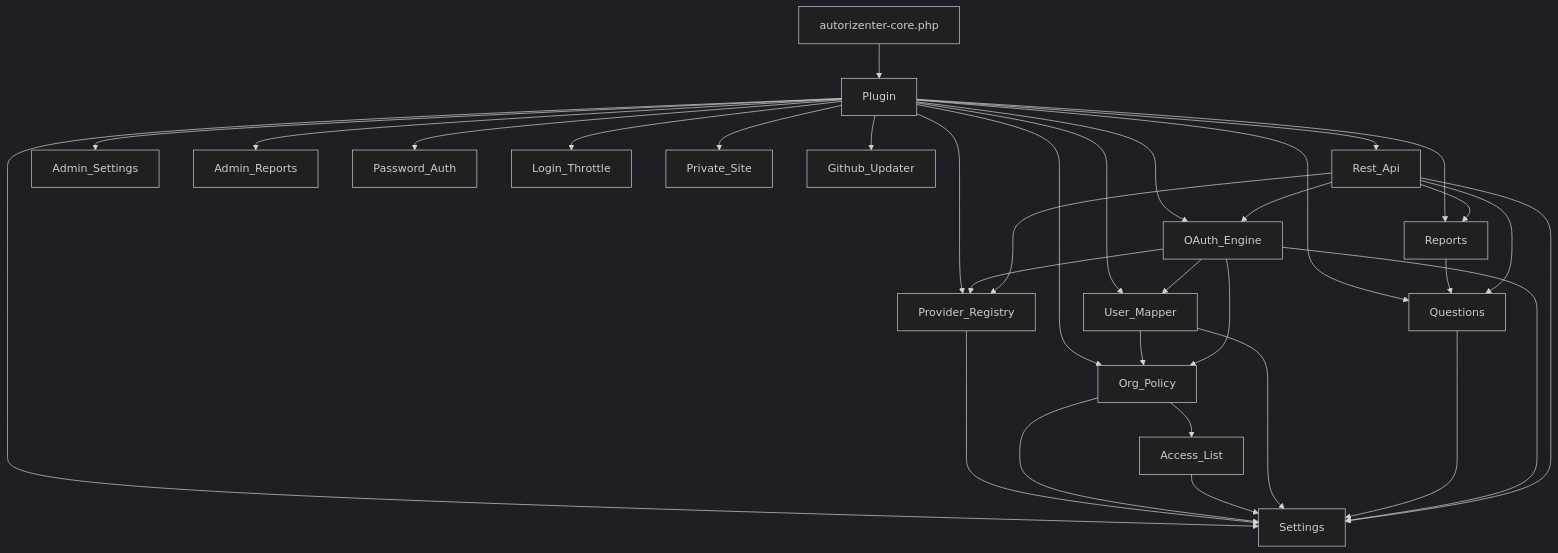
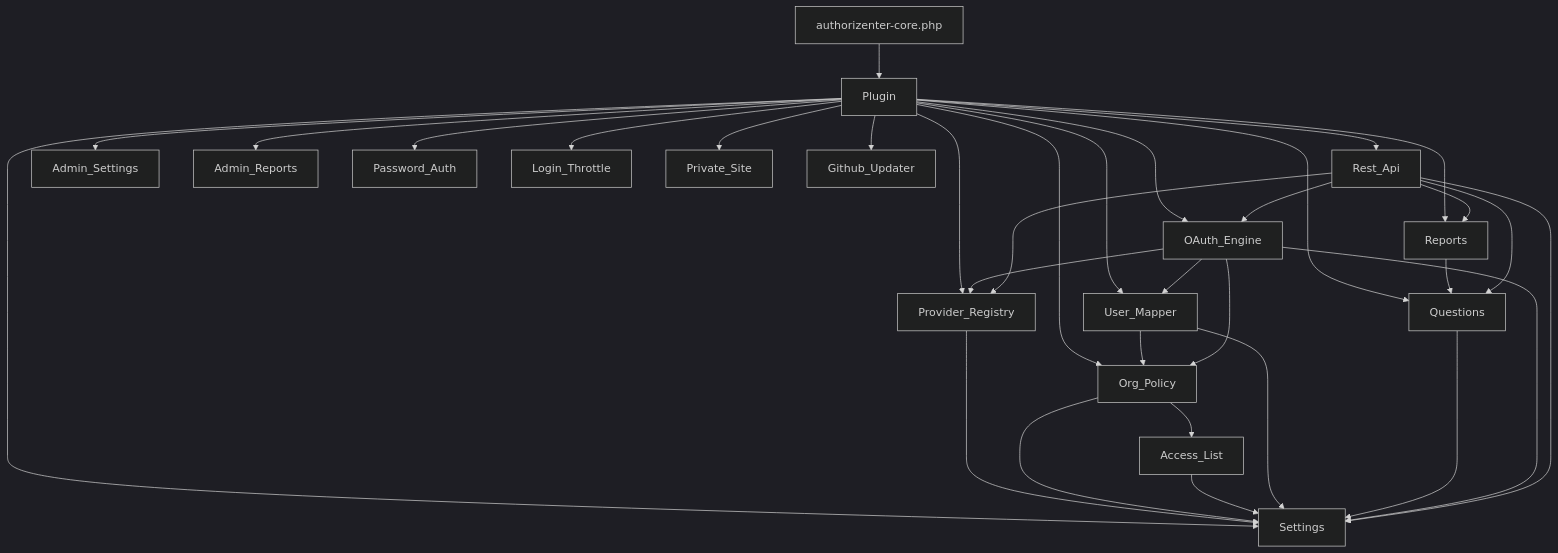
The second of 8 diagrams in ARCHITECTURE.md (wachiravit-thitagran/Authorizenter), drawn with Mermaid (dark theme) before and after one commit. The commit also changed other lines of this file and 124 other files, not shown here.

First line of the commit message:
refactor: rename project autorizenter -> authorizenter (with migration)

````diff
--- a/ARCHITECTURE.md
+++ b/ARCHITECTURE.md
@@ -69,54 +69,54 @@
 ```mermaid
 flowchart TD
-  Entry["autorizenter-core.php"]
+  Entry["authorizenter-core.php"]
   Plugin["Plugin"]
   Settings["Settings"]
   Providers["Provider_Registry"]
   Policy["Org_Policy"]
   Access["Access_List"]
   Users["User_Mapper"]
   Questions["Questions"]
   Engine["OAuth_Engine"]
   Reports["Reports"]
   REST["Rest_Api"]
   AdminSettings["Admin_Settings"]
   AdminReports["Admin_Reports"]
   Password["Password_Auth"]
   Throttle["Login_Throttle"]
   PrivateSite["Private_Site"]
   Updater["Github_Updater"]
 
   Entry --> Plugin
   Plugin --> Settings
   Plugin --> Providers
   Plugin --> Policy
   Policy --> Access
   Plugin --> Users
   Plugin --> Questions
   Plugin --> Engine
   Plugin --> Reports
   Plugin --> REST
   Plugin --> Password
   Plugin --> Throttle
   Plugin --> PrivateSite
   Plugin --> Updater
   Plugin --> AdminSettings
   Plugin --> AdminReports
 
   Providers --> Settings
   Policy --> Settings
   Access --> Settings
   Users --> Settings
   Users --> Policy
   Questions --> Settings
   Engine --> Settings
   Engine --> Providers
   Engine --> Policy
   Engine --> Users
   Reports --> Questions
   REST --> Engine
   REST --> Providers
   REST --> Questions
   REST --> Settings
   REST --> Reports
 ```
````
